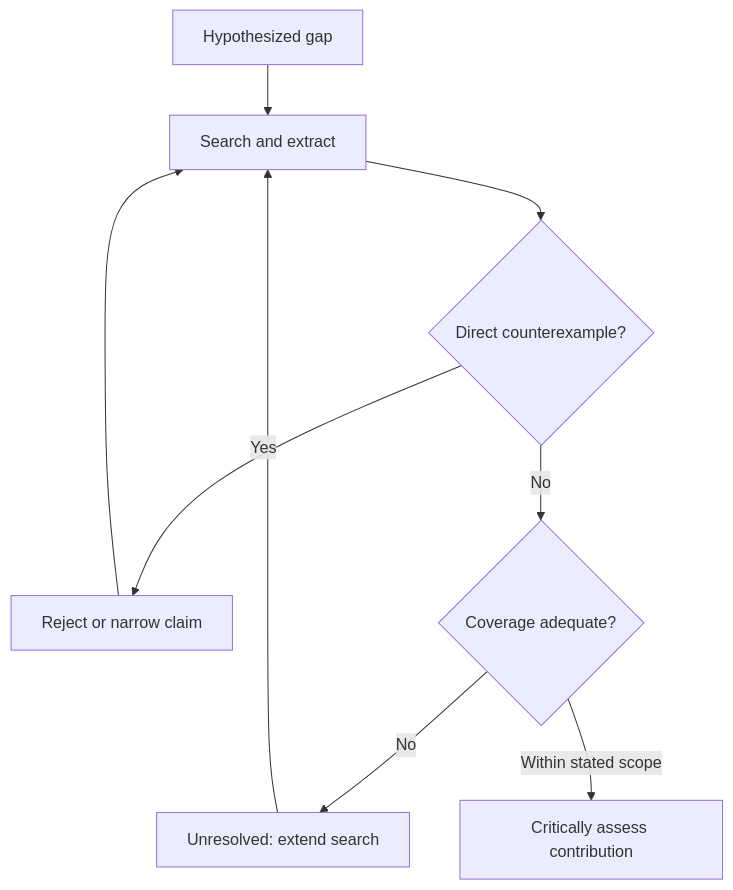
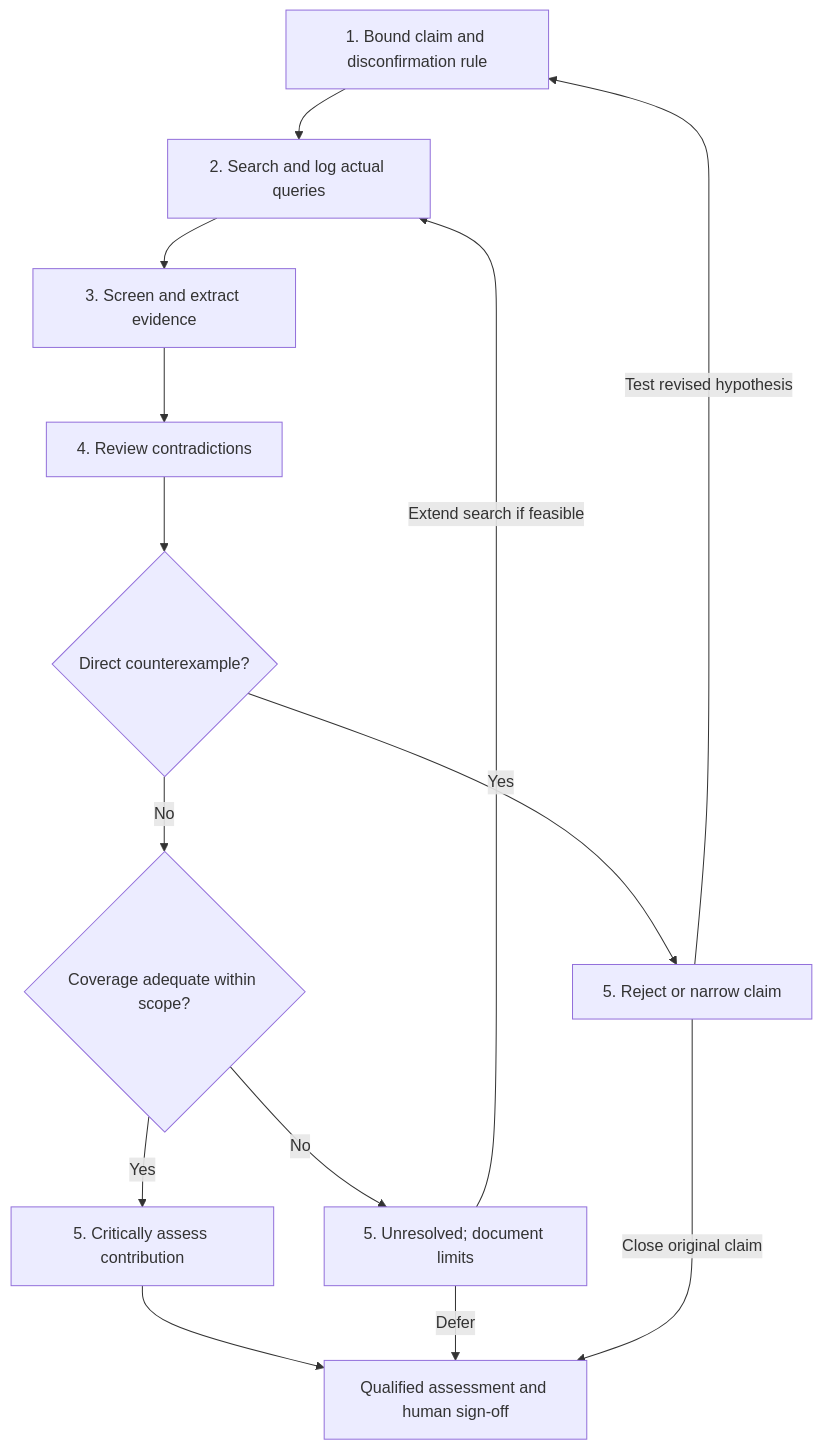
The diagram in catalog/workflows/gap-verification.md (hamidtech/Advanced-AI-Prompting-Guidelines-For-Research), drawn with Mermaid before and after one commit. The commit also changed other lines of this file and 10 other files, not shown here.

First line of the commit message:
Add bilingual Mermaid stage and decision maps to all research workflows

````diff
--- a/catalog/workflows/gap-verification.md
+++ b/catalog/workflows/gap-verification.md
@@ -19,11 +19,16 @@
 ```mermaid
 flowchart TD
-    A["Hypothesized gap"] --> B["Search and extract"]
-    B --> C{"Direct counterexample?"}
-    C -->|Yes| D["Reject or narrow claim"]
-    C -->|No| E{"Coverage adequate?"}
-    E -->|No| F["Unresolved: extend search"]
-    E -->|Within stated scope| G["Critically assess contribution"]
-    D --> B
-    F --> B
+    A["1. Bound claim and disconfirmation rule"] --> B["2. Search and log actual queries"]
+    B --> C["3. Screen and extract evidence"]
+    C --> D["4. Review contradictions"]
+    D --> E{"Direct counterexample?"}
+    E -->|Yes| F["5. Reject or narrow claim"]
+    F -->|Test revised hypothesis| A
+    E -->|No| G{"Coverage adequate within scope?"}
+    G -->|No| H["5. Unresolved; document limits"]
+    H -->|Extend search if feasible| B
+    G -->|Yes| I["5. Critically assess contribution"]
+    I --> J["Qualified assessment and human sign-off"]
+    H -->|Defer| J
+    F -->|Close original claim| J
 ```
````
